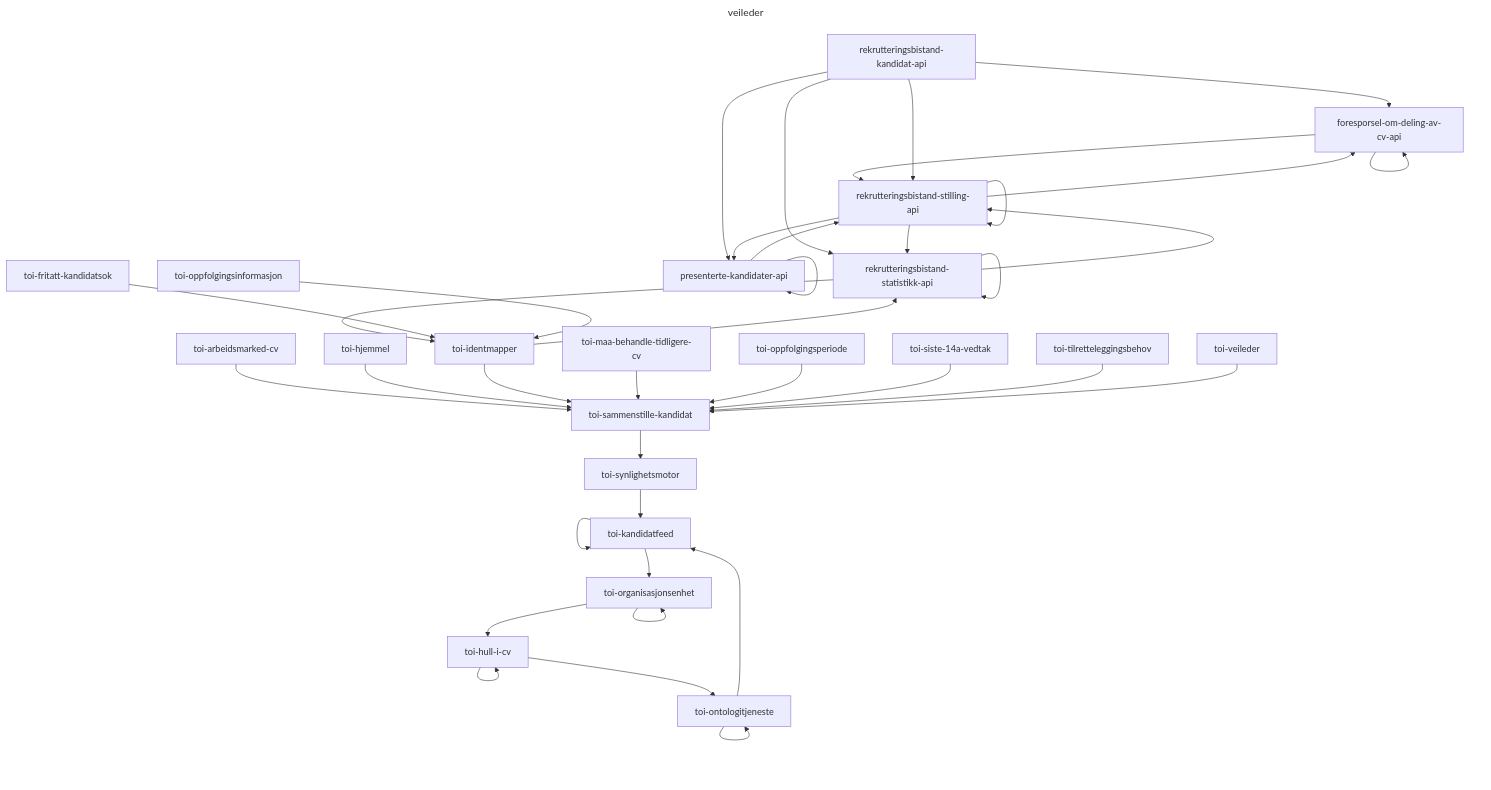
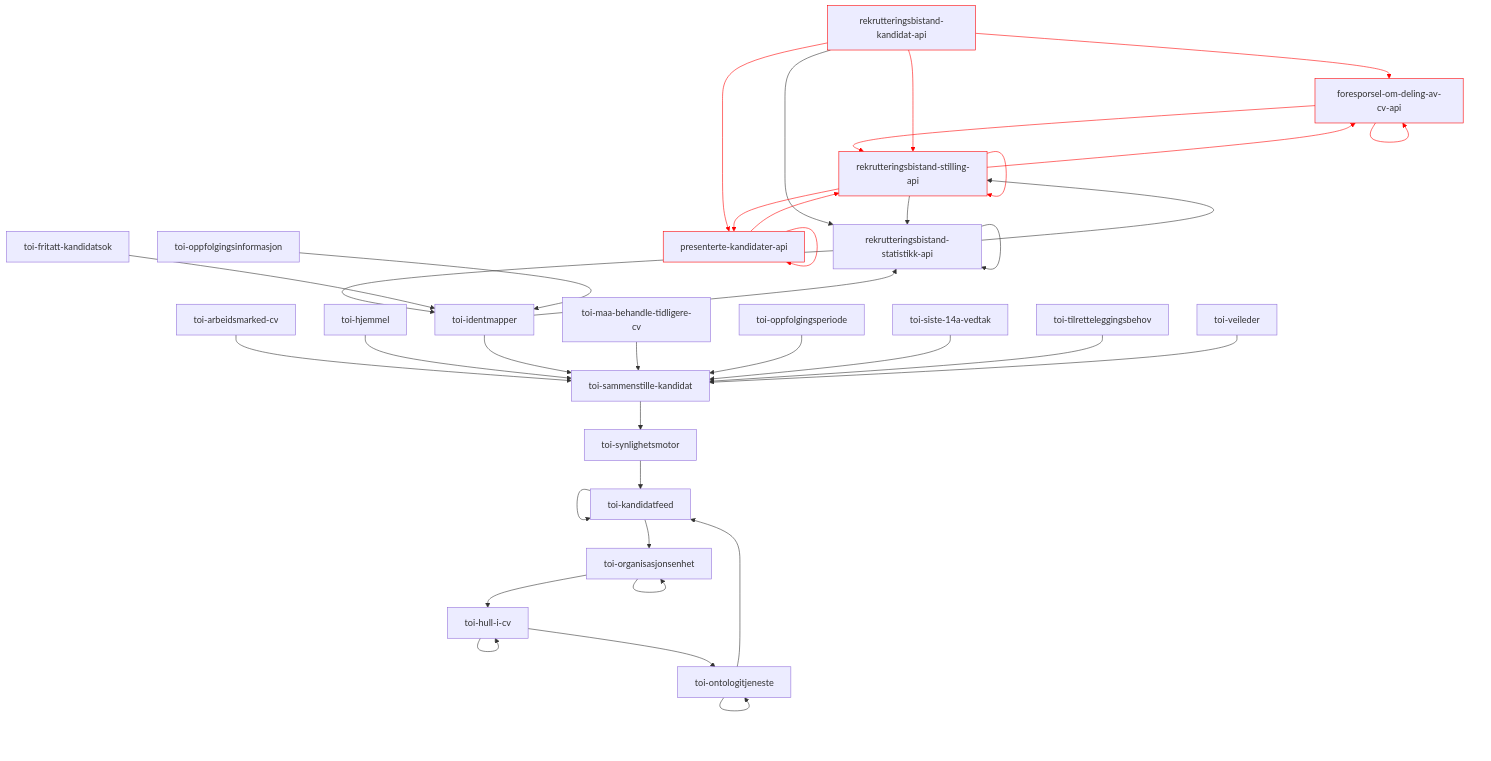
Before and after one commit to navikt/toi-rapids-and-rivers-grapher: diagram 13 of 34 in README.md, drawn with Mermaid. The commit also changed other lines of this file, not shown here.

Commit message:
Oppdater Mermaid utskrift

````diff
--- a/README.md
+++ b/README.md
@@ -402,44 +515,42 @@
 ```mermaid
----
-title: veileder
----
 graph TD;
-foresporsel-om-deling-av-cv-api --> foresporsel-om-deling-av-cv-api;
-foresporsel-om-deling-av-cv-api --> rekrutteringsbistand-stilling-api;
-presenterte-kandidater-api --> presenterte-kandidater-api;
-presenterte-kandidater-api --> rekrutteringsbistand-stilling-api;
-rekrutteringsbistand-kandidat-api --> foresporsel-om-deling-av-cv-api;
-rekrutteringsbistand-kandidat-api --> presenterte-kandidater-api;
+foresporsel-om-deling-av-cv-api:::x --> foresporsel-om-deling-av-cv-api:::x;
+foresporsel-om-deling-av-cv-api:::x --> rekrutteringsbistand-stilling-api:::x;
+presenterte-kandidater-api:::x --> presenterte-kandidater-api:::x;
+presenterte-kandidater-api:::x --> rekrutteringsbistand-stilling-api:::x;
+rekrutteringsbistand-kandidat-api:::x --> foresporsel-om-deling-av-cv-api:::x;
+rekrutteringsbistand-kandidat-api:::x --> presenterte-kandidater-api:::x;
 rekrutteringsbistand-kandidat-api --> rekrutteringsbistand-statistikk-api;
-rekrutteringsbistand-kandidat-api --> rekrutteringsbistand-stilling-api;
+rekrutteringsbistand-kandidat-api:::x --> rekrutteringsbistand-stilling-api:::x;
 rekrutteringsbistand-statistikk-api --> rekrutteringsbistand-statistikk-api;
 rekrutteringsbistand-statistikk-api --> rekrutteringsbistand-stilling-api;
 rekrutteringsbistand-statistikk-api --> toi-identmapper;
-rekrutteringsbistand-stilling-api --> foresporsel-om-deling-av-cv-api;
-rekrutteringsbistand-stilling-api --> presenterte-kandidater-api;
+rekrutteringsbistand-stilling-api:::x --> foresporsel-om-deling-av-cv-api:::x;
+rekrutteringsbistand-stilling-api:::x --> presenterte-kandidater-api:::x;
 rekrutteringsbistand-stilling-api --> rekrutteringsbistand-statistikk-api;
-rekrutteringsbistand-stilling-api --> rekrutteringsbistand-stilling-api;
+rekrutteringsbistand-stilling-api:::x --> rekrutteringsbistand-stilling-api:::x;
 toi-arbeidsmarked-cv --> toi-sammenstille-kandidat;
 toi-fritatt-kandidatsok --> toi-identmapper;
 toi-hjemmel --> toi-sammenstille-kandidat;
 toi-hull-i-cv --> toi-hull-i-cv;
 toi-hull-i-cv --> toi-ontologitjeneste;
 toi-identmapper --> rekrutteringsbistand-statistikk-api;
 toi-identmapper --> toi-sammenstille-kandidat;
 toi-kandidatfeed --> toi-kandidatfeed;
 toi-kandidatfeed --> toi-organisasjonsenhet;
 toi-maa-behandle-tidligere-cv --> toi-sammenstille-kandidat;
 toi-ontologitjeneste --> toi-kandidatfeed;
 toi-ontologitjeneste --> toi-ontologitjeneste;
 toi-oppfolgingsinformasjon --> toi-identmapper;
 toi-oppfolgingsperiode --> toi-sammenstille-kandidat;
 toi-organisasjonsenhet --> toi-hull-i-cv;
 toi-organisasjonsenhet --> toi-organisasjonsenhet;
 toi-sammenstille-kandidat --> toi-synlighetsmotor;
 toi-siste-14a-vedtak --> toi-sammenstille-kandidat;
 toi-synlighetsmotor --> toi-kandidatfeed;
 toi-tilretteleggingsbehov --> toi-sammenstille-kandidat;
 toi-veileder --> toi-sammenstille-kandidat;
 
-
+linkStyle 0,1,2,3,4,5,7,11,12,14 stroke:red;
+classDef x stroke: red;
 ```
````
